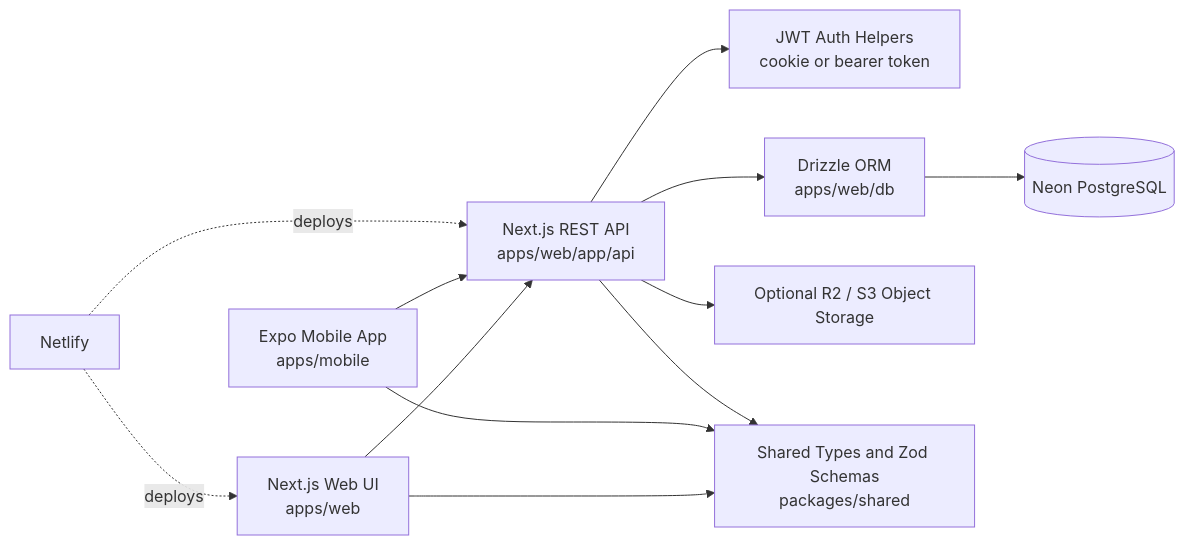
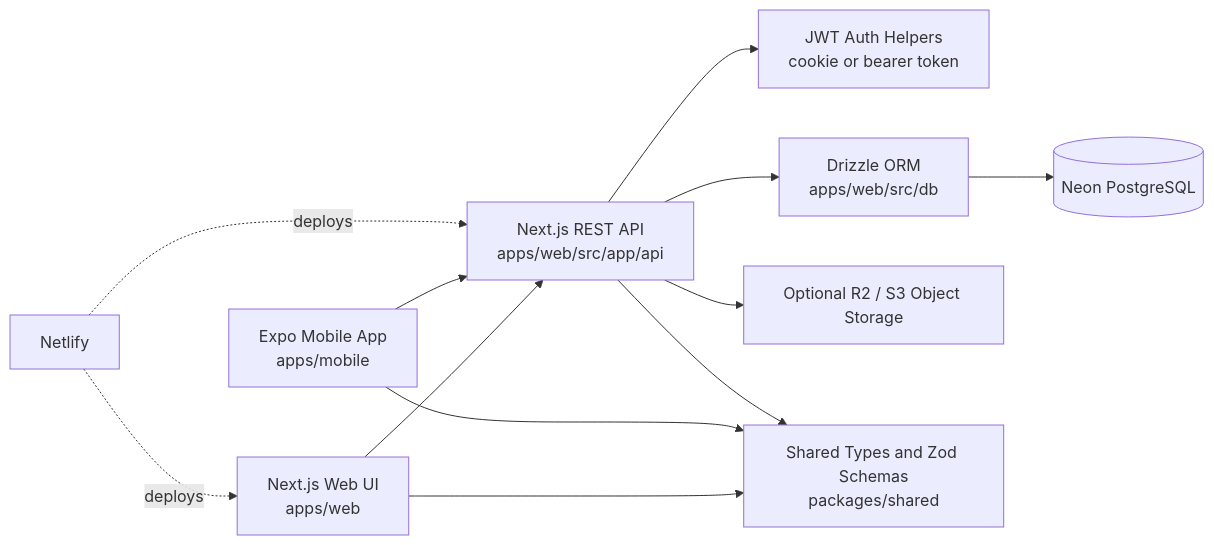
The first of 2 diagrams in README.md (seobent/TaskFlow), drawn with Mermaid before and after one commit. The commit also changed other lines of this file and 128 other files, not shown here.

````diff
--- a/README.md
+++ b/README.md
@@ -90,14 +90,14 @@
 ```mermaid
 flowchart LR
-  Web[Next.js Web UI<br/>apps/web] --> Api[Next.js REST API<br/>apps/web/app/api]
+  Web[Next.js Web UI<br/>apps/web] --> Api[Next.js REST API<br/>apps/web/src/app/api]
   Mobile[Expo Mobile App<br/>apps/mobile] --> Api
   Api --> Auth[JWT Auth Helpers<br/>cookie or bearer token]
-  Api --> Drizzle[Drizzle ORM<br/>apps/web/db]
+  Api --> Drizzle[Drizzle ORM<br/>apps/web/src/db]
   Drizzle --> Neon[(Neon PostgreSQL)]
   Api --> Storage[Optional R2 / S3 Object Storage]
   Web --> Shared[Shared Types and Zod Schemas<br/>packages/shared]
   Mobile --> Shared
   Api --> Shared
   Netlify[Netlify] -. deploys .-> Web
   Netlify -. deploys .-> Api
 ```
````
